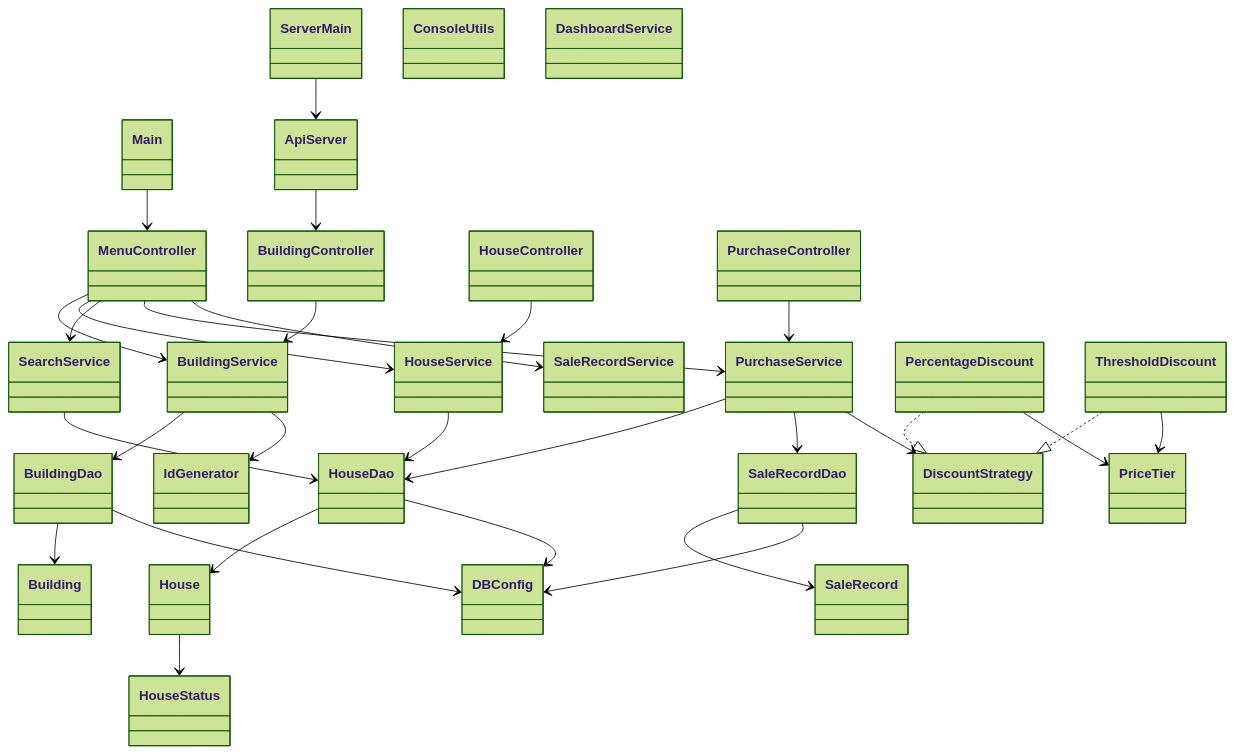
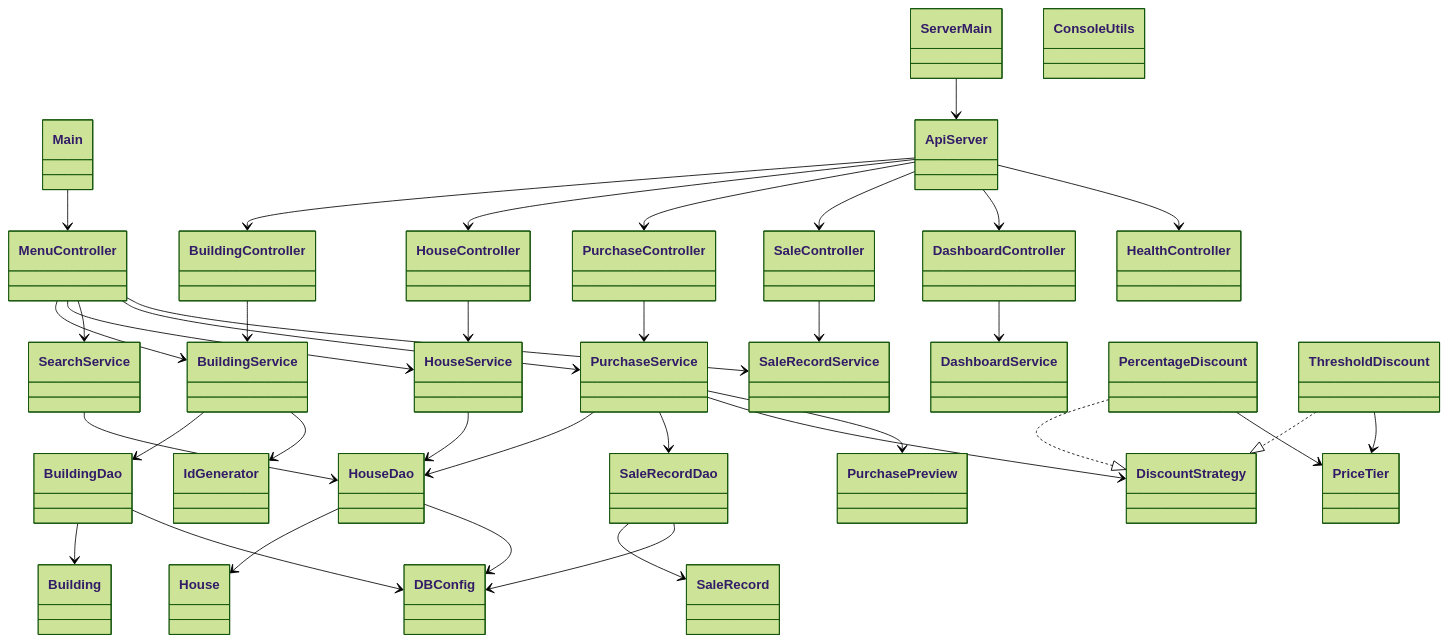
The first of 4 diagrams in docs/report/大作业报告.md (NorthBridgeAthlon64/Building_ManOS), drawn with Mermaid (forest theme) before and after one commit. The commit also changed other lines of this file and 1 other file, not shown here.

````diff
--- a/docs/report/大作业报告.md
+++ b/docs/report/大作业报告.md
@@ -60,65 +62,70 @@
 ```mermaid
 classDiagram
     direction TB
-
     class Main
     class ServerMain
     class MenuController
     class ConsoleUtils
     class ApiServer
     class BuildingController
     class HouseController
     class PurchaseController
-
+    class SaleController
+    class DashboardController
+    class HealthController
     class BuildingService
     class HouseService
     class SearchService
     class PurchaseService
+    class PurchasePreview
     class SaleRecordService
     class DashboardService
-
     class BuildingDao
     class HouseDao
     class SaleRecordDao
-
     class Building
     class House
     class SaleRecord
-    class HouseStatus
     class DiscountStrategy
     class PercentageDiscount
     class ThresholdDiscount
     class PriceTier
     class DBConfig
     class IdGenerator
-
     Main --> MenuController
     ServerMain --> ApiServer
     MenuController --> BuildingService
     MenuController --> HouseService
     MenuController --> SearchService
     MenuController --> PurchaseService
     MenuController --> SaleRecordService
     ApiServer --> BuildingController
+    ApiServer --> HouseController
+    ApiServer --> PurchaseController
+    ApiServer --> SaleController
+    ApiServer --> DashboardController
+    ApiServer --> HealthController
     BuildingController --> BuildingService
     HouseController --> HouseService
     PurchaseController --> PurchaseService
+    SaleController --> SaleRecordService
+    DashboardController --> DashboardService
     BuildingService --> BuildingDao
     HouseService --> HouseDao
     SearchService --> HouseDao
     PurchaseService --> HouseDao
     PurchaseService --> SaleRecordDao
     PurchaseService --> DiscountStrategy
+    PurchaseService --> PurchasePreview
     PercentageDiscount ..|> DiscountStrategy
     ThresholdDiscount ..|> DiscountStrategy
     PercentageDiscount --> PriceTier
     ThresholdDiscount --> PriceTier
     BuildingDao --> Building
     HouseDao --> House
     SaleRecordDao --> SaleRecord
-    House --> HouseStatus
     BuildingDao --> DBConfig
     HouseDao --> DBConfig
     SaleRecordDao --> DBConfig
     BuildingService --> IdGenerator
 ```
````
